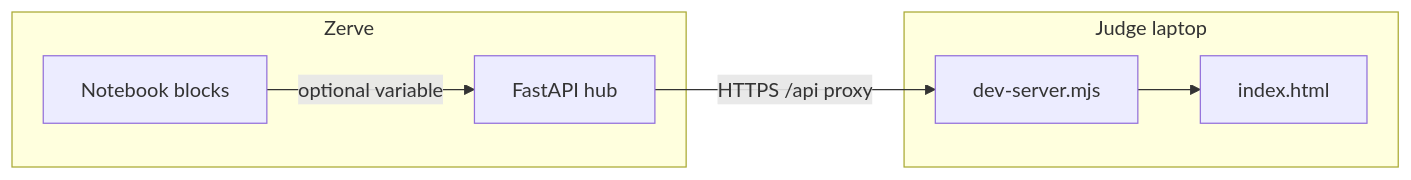
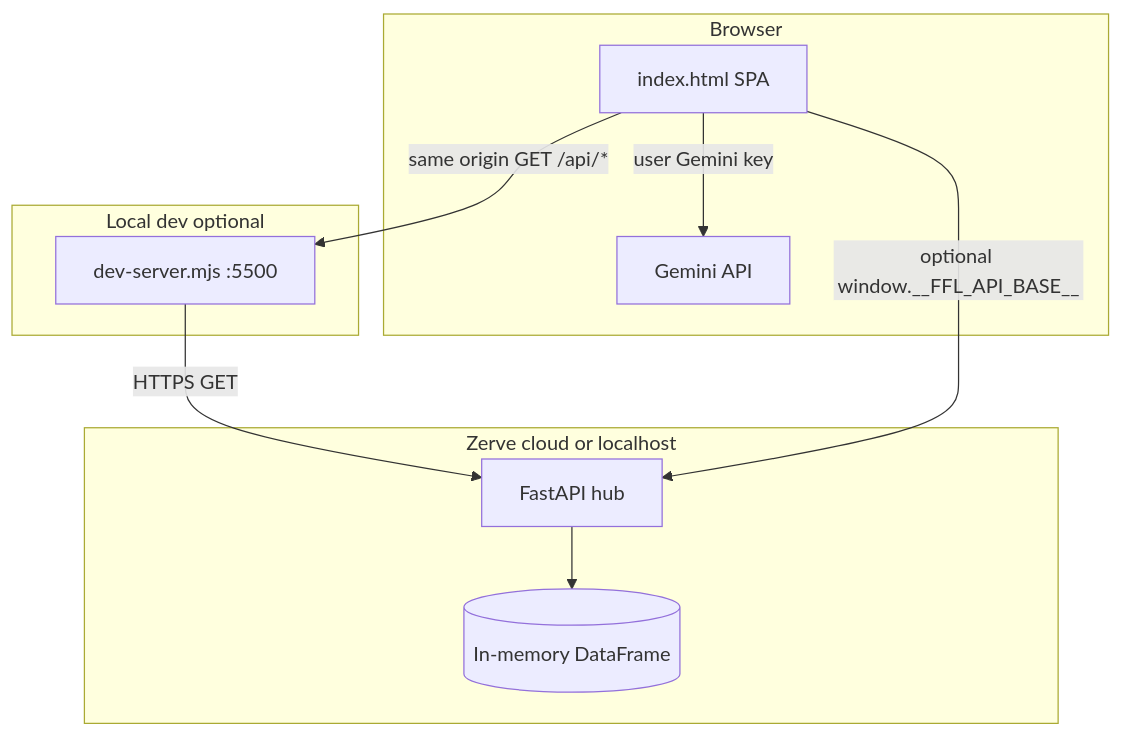
The first of 3 diagrams in README.md (Manoj7ar/Fuel-Fault), drawn with Mermaid before and after one commit. The commit also changed other lines of this file, not shown here.

First line of the commit message:
docs: expand README for ZerveHack with architecture diagrams

````diff
--- a/README.md
+++ b/README.md
@@ -41,14 +45,19 @@
 ```mermaid
-flowchart LR
-  subgraph zerve [Zerve]
-    NB[Notebook blocks]
-    HUB[FastAPI hub]
+flowchart TB
+  subgraph browser [Browser]
+    UI[index.html SPA]
+    GEM[Gemini API]
   end
-  subgraph local [Judge laptop]
-    UI[index.html]
-    PROXY[dev-server.mjs]
+  subgraph local [Local dev optional]
+    PROXY[dev-server.mjs :5500]
   end
-  NB -->|optional variable| HUB
-  HUB -->|HTTPS /api proxy| PROXY
-  PROXY --> UI
+  subgraph zerve [Zerve cloud or localhost]
+    API[FastAPI hub]
+    MEM[(In-memory DataFrame)]
+  end
+  UI -->|same origin GET /api/*| PROXY
+  PROXY -->|HTTPS GET| API
+  UI -->|optional window.__FFL_API_BASE__| API
+  API --> MEM
+  UI -->|user Gemini key| GEM
 ```
````
